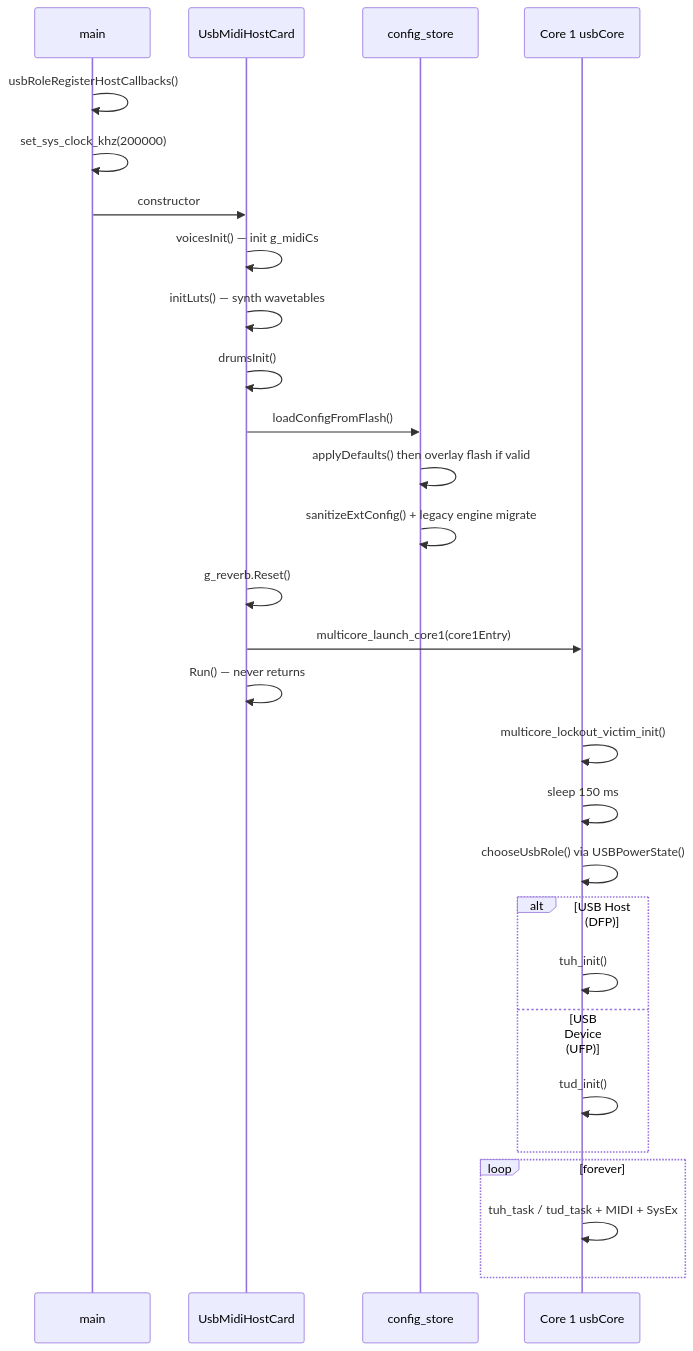
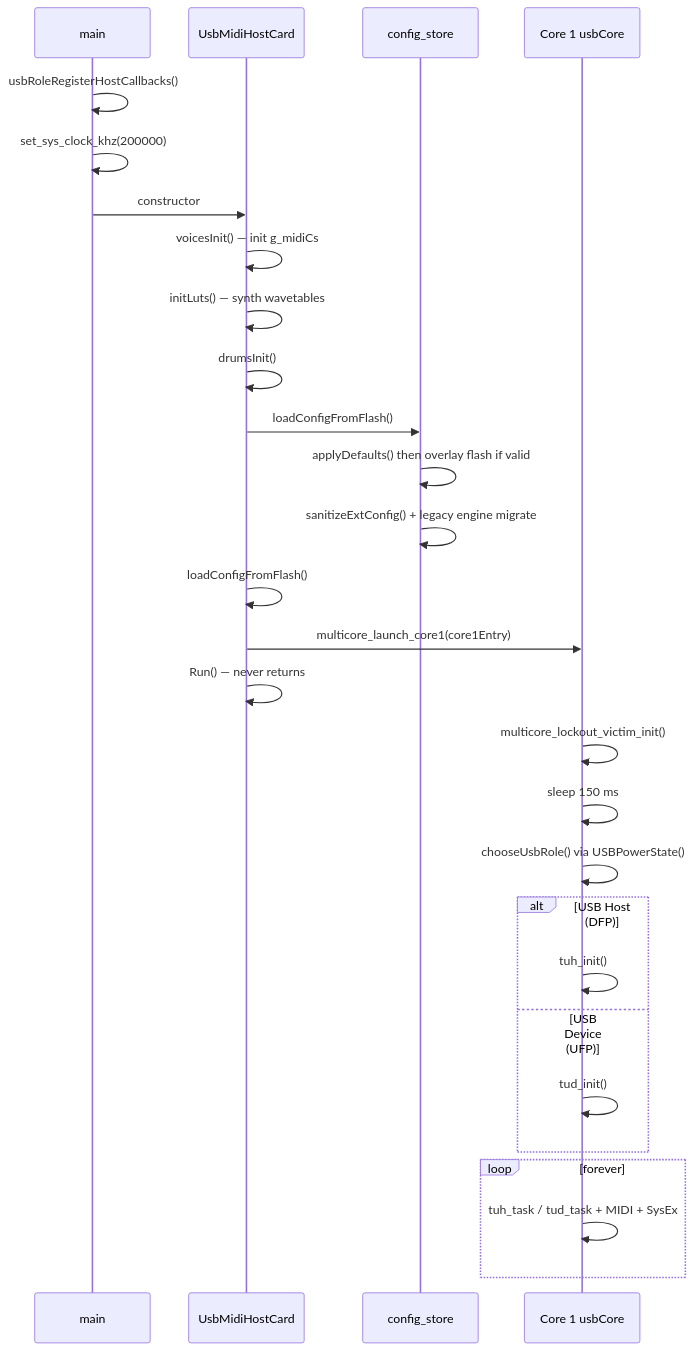
One commit to TomWhitwell/Workshop_Computer changed the second of 10 diagrams in releases/92_usb_midi_host_synth/docs/CONTROL_FLOW.md. Above: the diagram before and after it, drawn with Mermaid. The commit also changed other lines of this file and 24 other files, not shown here.

````diff
--- a/releases/92_usb_midi_host_synth/docs/CONTROL_FLOW.md
+++ b/releases/92_usb_midi_host_synth/docs/CONTROL_FLOW.md
@@ -102,32 +102,32 @@
 ```mermaid
 sequenceDiagram
     participant main
     participant Card as UsbMidiHostCard
     participant Flash as config_store
     participant C1 as Core 1 usbCore
 
     main->>main: usbRoleRegisterHostCallbacks()
     main->>main: set_sys_clock_khz(200000)
     main->>Card: constructor
     Card->>Card: voicesInit() — init g_midiCs
     Card->>Card: initLuts() — synth wavetables
     Card->>Card: drumsInit()
     Card->>Flash: loadConfigFromFlash()
     Flash->>Flash: applyDefaults() then overlay flash if valid
     Flash->>Flash: sanitizeExtConfig() + legacy engine migrate
-    Card->>Card: g_reverb.Reset()
+    Card->>Card: loadConfigFromFlash()
     Card->>C1: multicore_launch_core1(core1Entry)
     Card->>Card: Run() — never returns
 
     C1->>C1: multicore_lockout_victim_init()
     C1->>C1: sleep 150 ms
     C1->>C1: chooseUsbRole() via USBPowerState()
     alt USB Host (DFP)
         C1->>C1: tuh_init()
     else USB Device (UFP)
         C1->>C1: tud_init()
     end
     loop forever
         C1->>C1: tuh_task / tud_task + MIDI + SysEx
     end
 ```
````
